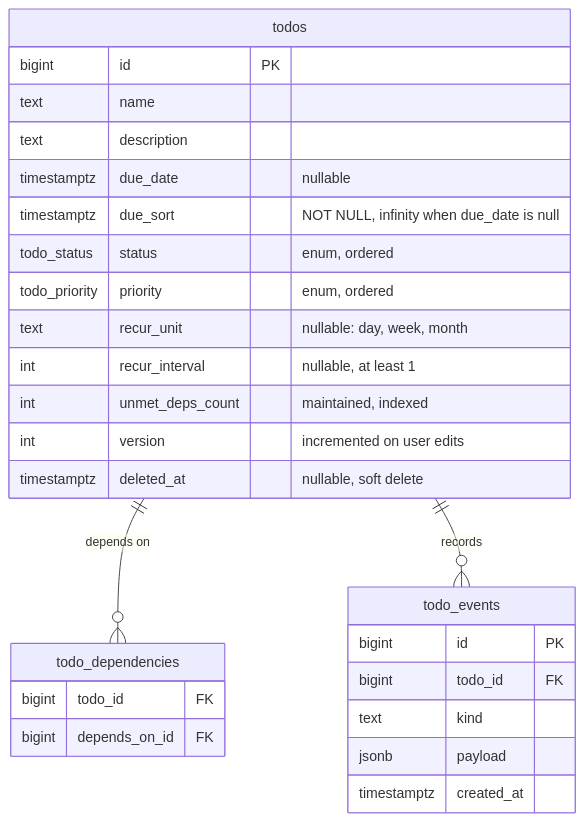
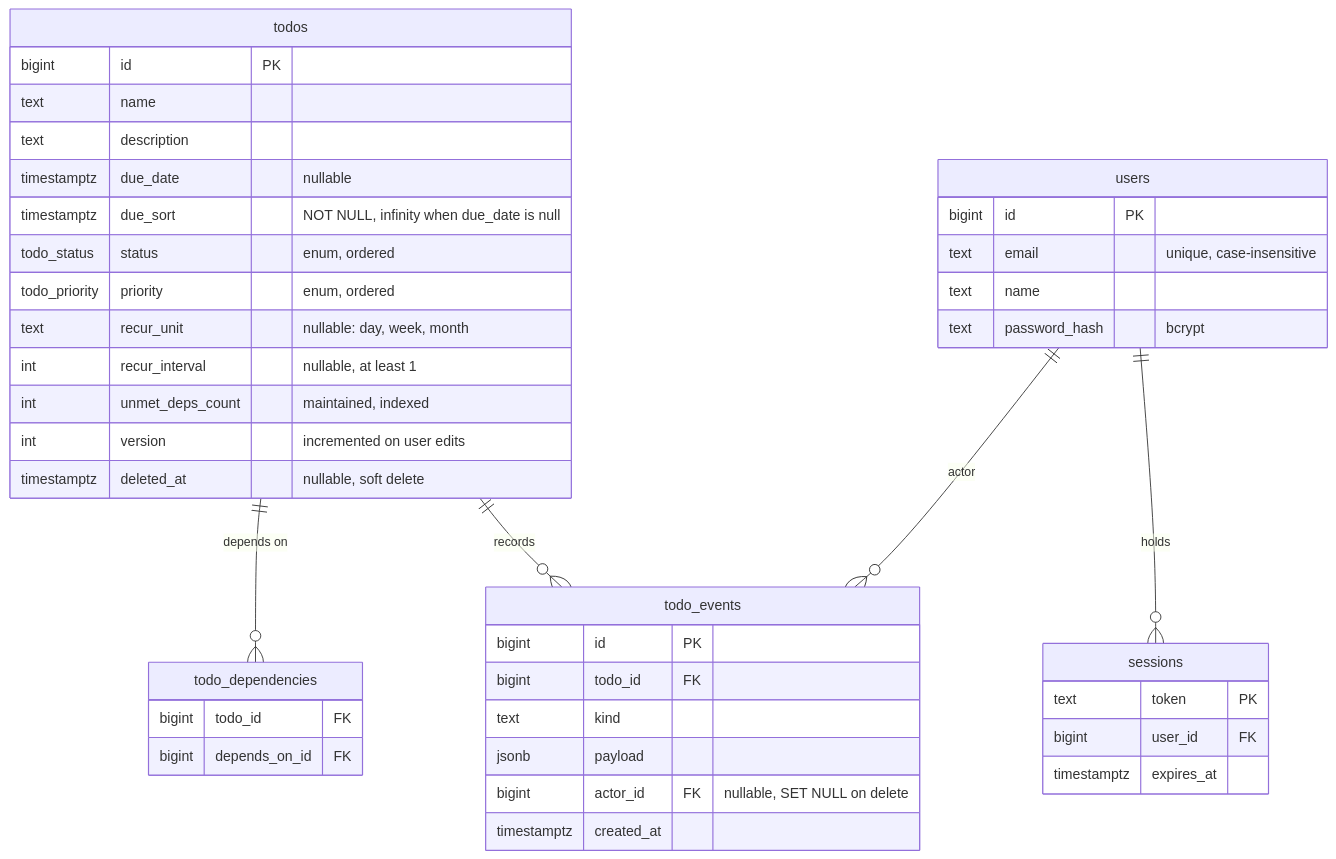
Before and after one commit to jiachwen99/sf-assignment: the second of 5 diagrams in ARCHITECTURE.md, drawn with Mermaid. The commit also changed other lines of this file and 24 other files, not shown here.

````diff
--- a/ARCHITECTURE.md
+++ b/ARCHITECTURE.md
@@ -48,31 +51,45 @@
 ```mermaid
 erDiagram
   todos ||--o{ todo_dependencies : "depends on"
   todos ||--o{ todo_events : "records"
+  users ||--o{ todo_events : "actor"
+  users ||--o{ sessions : "holds"
 
   todos {
     bigint id PK
     text name
     text description
     timestamptz due_date "nullable"
     timestamptz due_sort "NOT NULL, infinity when due_date is null"
     todo_status status "enum, ordered"
     todo_priority priority "enum, ordered"
     text recur_unit "nullable: day, week, month"
     int recur_interval "nullable, at least 1"
     int unmet_deps_count "maintained, indexed"
     int version "incremented on user edits"
     timestamptz deleted_at "nullable, soft delete"
   }
   todo_dependencies {
     bigint todo_id FK
     bigint depends_on_id FK
   }
+  users {
+    bigint id PK
+    text email "unique, case-insensitive"
+    text name
+    text password_hash "bcrypt"
+  }
+  sessions {
+    text token PK
+    bigint user_id FK
+    timestamptz expires_at
+  }
   todo_events {
     bigint id PK
     bigint todo_id FK
     text kind
     jsonb payload
+    bigint actor_id FK "nullable, SET NULL on delete"
     timestamptz created_at
   }
 ```
````
